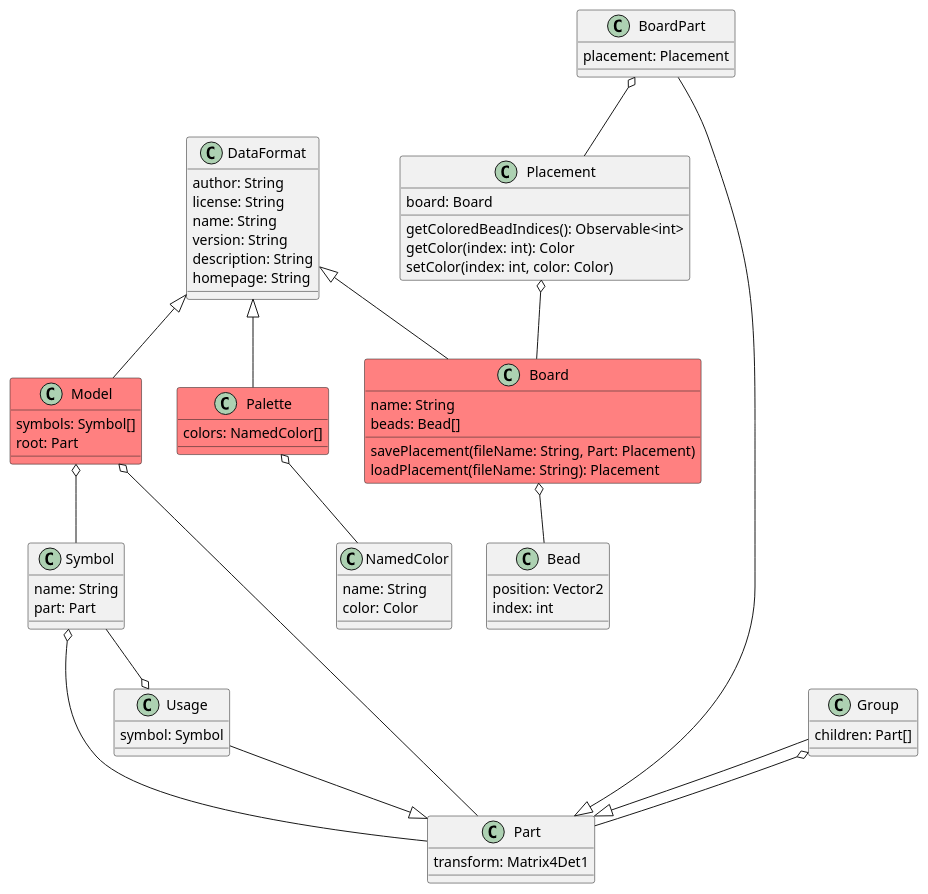
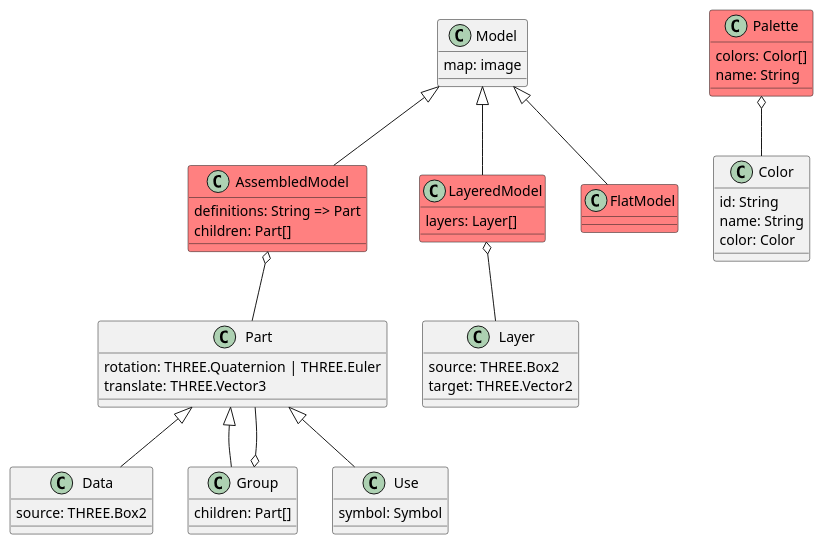
Before and after one commit to Lotes/voxelify: the diagram in doc/uml/formats.puml, drawn with PlantUML. The commit also changed 7 other files, not shown here.

```diff
--- a/doc/uml/formats.puml
+++ b/doc/uml/formats.puml
@@ -1,81 +1,61 @@
-class DataFormat {
-  author: String
-  license: String
+class Palette #ff8080 {
+  colors: Color[]
   name: String
-  version: String
-  description: String
-  homepage: String
 }
 
-class Palette #ff8080 {
-  colors: NamedColor[]
-}
-
-class NamedColor {
+class Color {
+  id: String
   name: String
   color: Color
 }
 
-Palette o-- NamedColor
-
-class Bead {
-  position: Vector2
-  index: int
+class Part {
+  rotation: THREE.Quaternion | THREE.Euler
+  translate: THREE.Vector3
 }
 
-class Board #ff8080 {
-  name: String
-  beads: Bead[]
-  savePlacement(fileName: String, Part: Placement)
-  loadPlacement(fileName: String): Placement
-}
-
-class Placement {
-  board: Board
-  getColoredBeadIndices(): Observable<int>
-  getColor(index: int): Color
-  setColor(index: int, color: Color)
-}
-
-Board o-- Bead
-Placement o-- Board
-
-class Part {
-  transform: Matrix4Det1
-}
-
-class BoardPart {
-  placement: Placement
+class Data {
+  source: THREE.Box2
 }
 
 class Group {
   children: Part[]
 }
 
-class Usage {
+class Use {
   symbol: Symbol
 }
 
-class Symbol {
-  name: String
-  part: Part
+class Model {
+  map: image
 }
 
-class Model #ff8080 {
-  symbols: Symbol[]
-  root: Part
+class AssembledModel #ff8080 {
+  definitions: String => Part
+  children: Part[]
 }
 
-Group --|> Part
+class LayeredModel #ff8080 {
+  layers: Layer[]
+}
+
+class FlatModel #ff8080 {
+
+}
+
+class Layer {
+  source: THREE.Box2
+  target: THREE.Vector2
+}
+
+AssembledModel -up-|> Model
+FlatModel -up-|> Model
+LayeredModel -up-|> Model
+Group -up-|> Part
+Data -up-|> Part
+Use -up-|> Part
+
 Group o-- Part
-BoardPart --|> Part
-BoardPart o-- Placement
-Symbol --o Usage
-Symbol o-- Part
-Usage --|> Part
-Model o-- Symbol
-Model o-- Part
-
-DataFormat <|-- Palette
-DataFormat <|-- Model
-DataFormat <|-- Board
+LayeredModel o-- Layer
+Palette o-- Color
+AssembledModel o-down- Part
```
